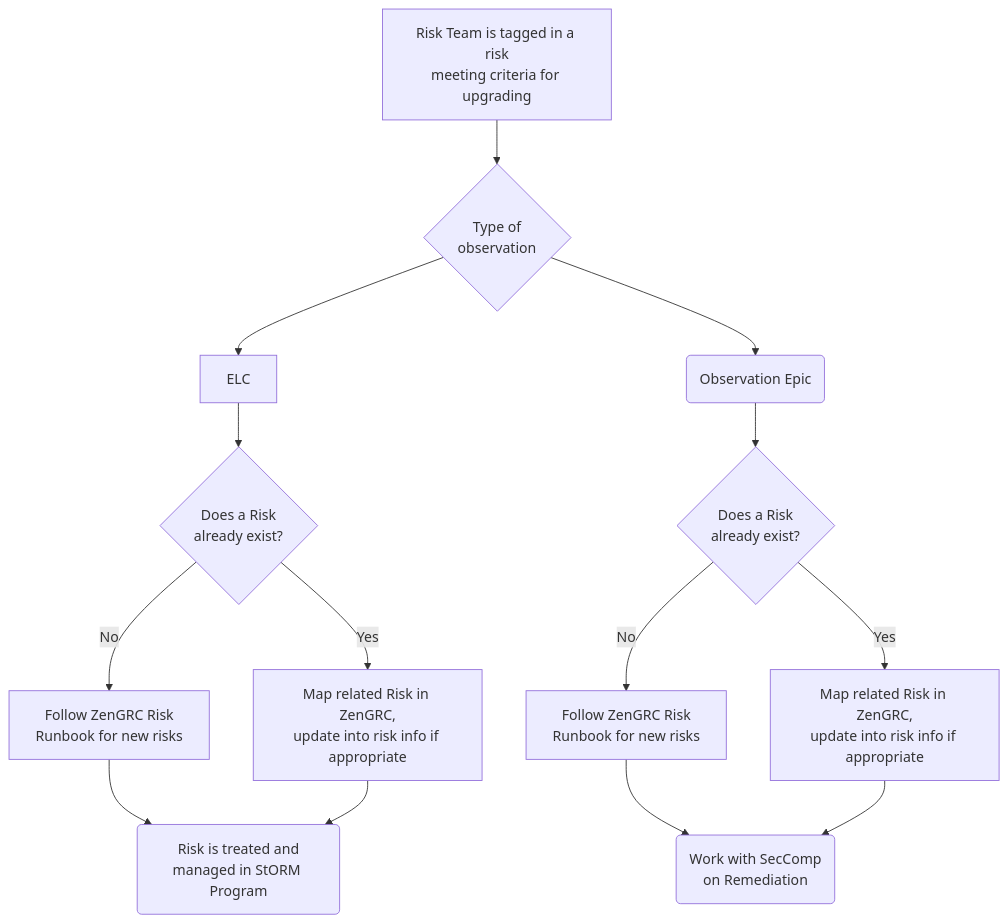
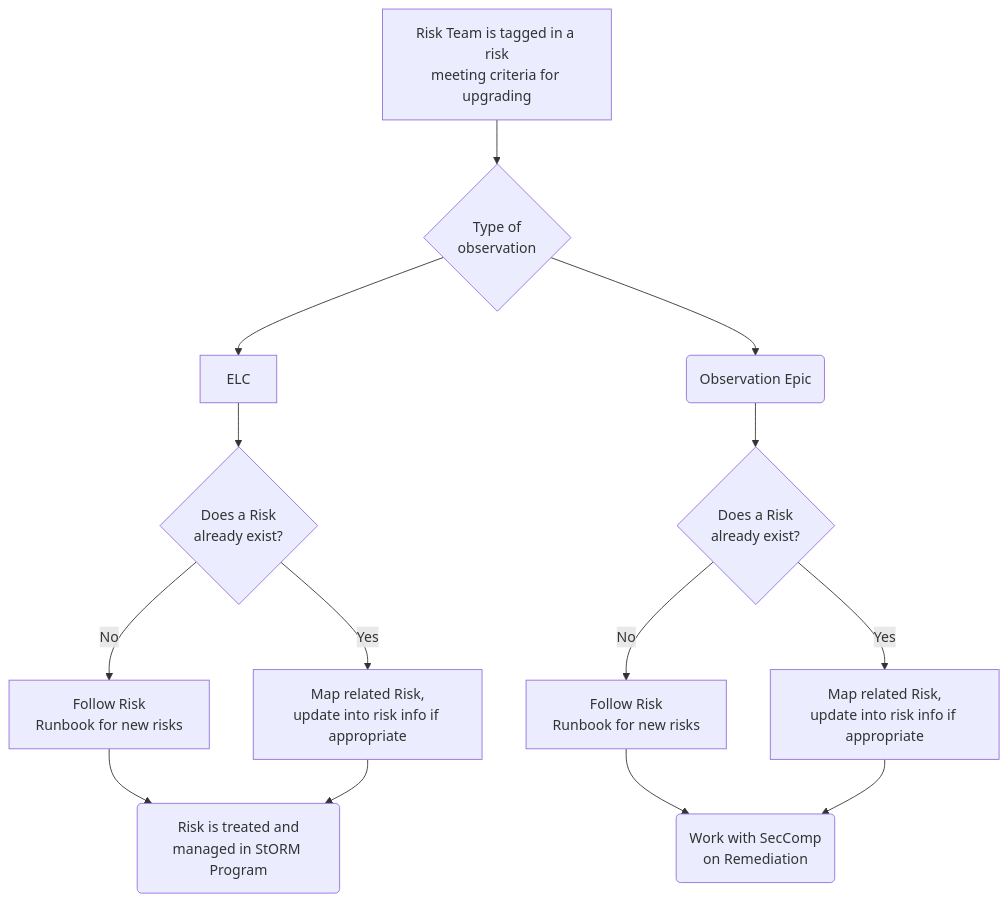
The third of 3 diagrams in content/handbook/security/security-assurance/observation-remediation-procedure.md (secretstartups/handbook), drawn with Mermaid before and after one commit. The commit also changed other lines of this file and 21 other files, not shown here.

Commit message:
Assurance cleanup and ZenGRC reference removal

````diff
--- a/content/handbook/security/security-assurance/observation-remediation-procedure.md
+++ b/content/handbook/security/security-assurance/observation-remediation-procedure.md
@@ -120,17 +121,17 @@
 ```mermaid
 flowchart TD
     A[Risk Team is tagged in a risk<br>meeting criteria for upgrading]
     A --> B{Type of<br>observation}
     B --> C[ELC]
     B --> D(Observation Epic)
     C --> E{Does a Risk<br>already exist?}
-    E --> |Yes| F[Map related Risk in ZenGRC,<br>update into risk info if appropriate]
-    E --> |No| H[Follow ZenGRC Risk<br>Runbook for new risks]
+    E --> |Yes| F[Map related Risk,<br>update into risk info if appropriate]
+    E --> |No| H[Follow Risk<br>Runbook for new risks]
     H --> G(Risk is treated and<br>managed in StORM Program)
     F --> G
     D --> J{Does a Risk<br>already exist?}
-    J --> |Yes| K[Map related Risk in ZenGRC,<br>update into risk info if appropriate]
-    J --> |No| L[Follow ZenGRC Risk<br>Runbook for new risks]
+    J --> |Yes| K[Map related Risk,<br>update into risk info if appropriate]
+    J --> |No| L[Follow Risk<br>Runbook for new risks]
     L --> M(Work with SecComp<br>on Remediation)
     K --> M
 ```
````
